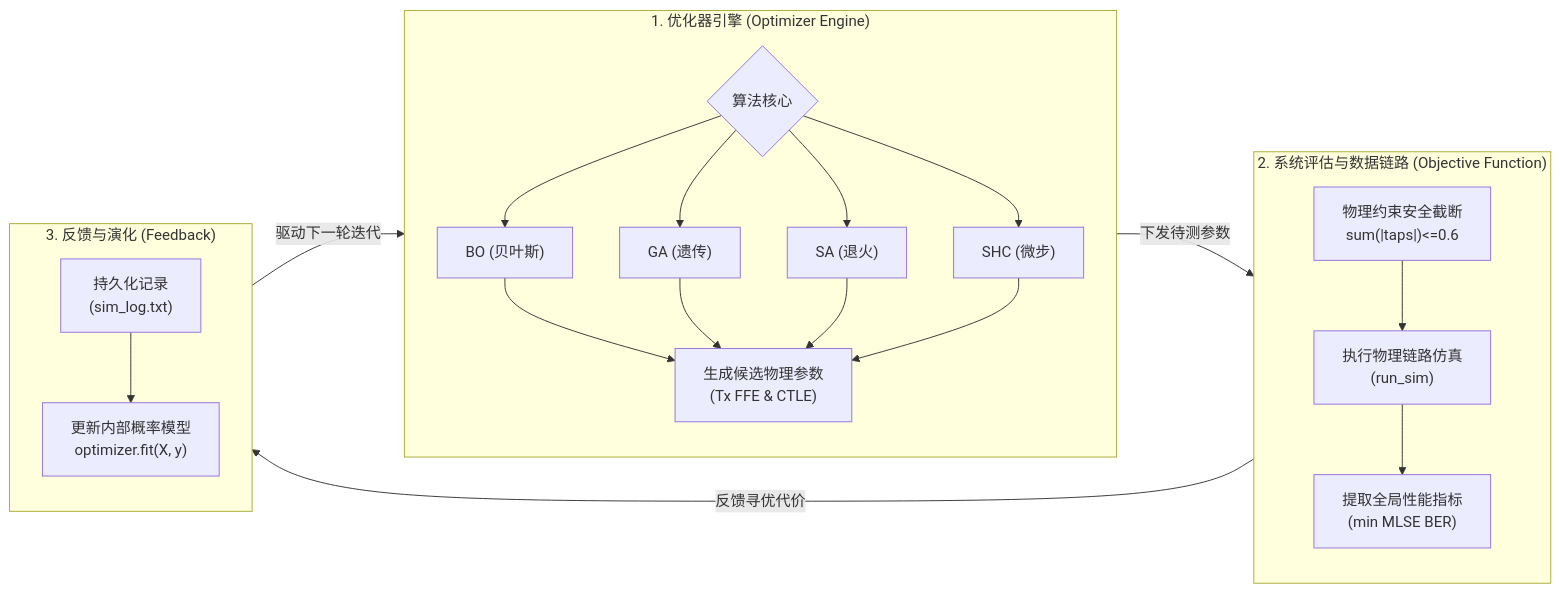
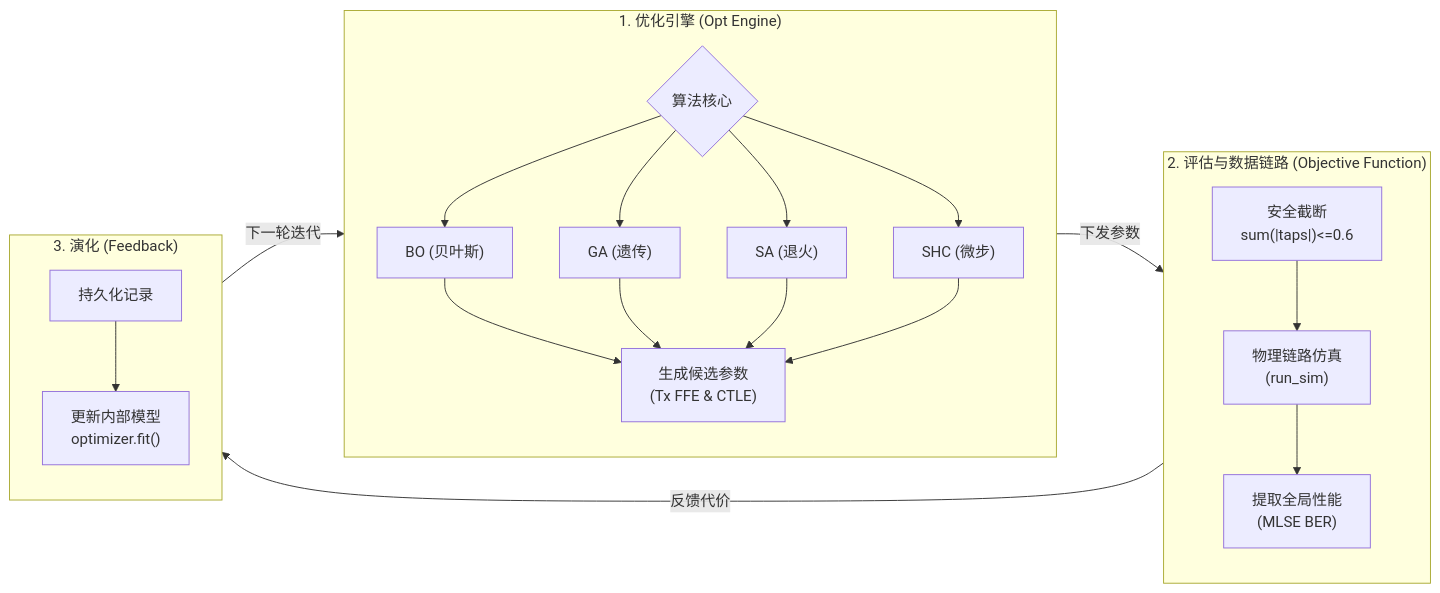
The diagram in docs/04_Optimization_Algorithms.md (ZenHatesCoding/lpo-pam4-sim), drawn with Mermaid before and after one commit. The commit also changed 1 other file, not shown here.

Commit message:
docs: optimize mermaid layout to graph LR for better PPT scaling

````diff
--- a/docs/04_Optimization_Algorithms.md
+++ b/docs/04_Optimization_Algorithms.md
@@ -13,35 +13,35 @@
 ```mermaid
 %%{init: {'themeVariables': { 'background': 'transparent'}}}%%
 graph LR
-    subgraph Optimizer["1. 优化器引擎 (Optimizer Engine)"]
+    subgraph Optimizer["1. 优化引擎 (Opt Engine)"]
         direction TB
         Type{"算法核心"}
         Type --> BO["BO (贝叶斯)"]
         Type --> GA["GA (遗传)"]
         Type --> SA["SA (退火)"]
         Type --> SHC["SHC (微步)"]
         
-        BO & GA & SA & SHC --> Suggest["生成候选物理参数<br>(Tx FFE & CTLE)"]
+        BO & GA & SA & SHC --> Suggest["生成候选参数<br>(Tx FFE & CTLE)"]
     end
 
-    subgraph Evaluator["2. 系统评估与数据链路 (Objective Function)"]
+    subgraph Evaluator["2. 评估与数据链路 (Objective Function)"]
         direction TB
-        Constraint["物理约束安全截断<br>sum(|taps|)<=0.6"]
-        Sim["执行物理链路仿真<br>(run_sim)"]
-        BER["提取全局性能指标<br>(min MLSE BER)"]
+        Constraint["安全截断<br>sum(|taps|)<=0.6"]
+        Sim["物理链路仿真<br>(run_sim)"]
+        BER["提取全局性能<br>(MLSE BER)"]
         
         Constraint --> Sim --> BER
     end
     
-    subgraph Feedback["3. 反馈与演化 (Feedback)"]
+    subgraph Feedback["3. 演化 (Feedback)"]
         direction TB
-        Log["持久化记录<br>(sim_log.txt)"]
-        Update["更新内部概率模型<br>optimizer.fit(X, y)"]
+        Log["持久化记录"]
+        Update["更新内部模型<br>optimizer.fit()"]
         
         Log --> Update
     end
 
-    Suggest -- "下发待测参数" --> Constraint
-    BER -- "反馈寻优代价" --> Log
-    Update -- "驱动下一轮迭代" --> Type
+    Suggest -- "下发参数" --> Constraint
+    BER -- "反馈代价" --> Log
+    Update -- "下一轮迭代" --> Type
 ```
````
